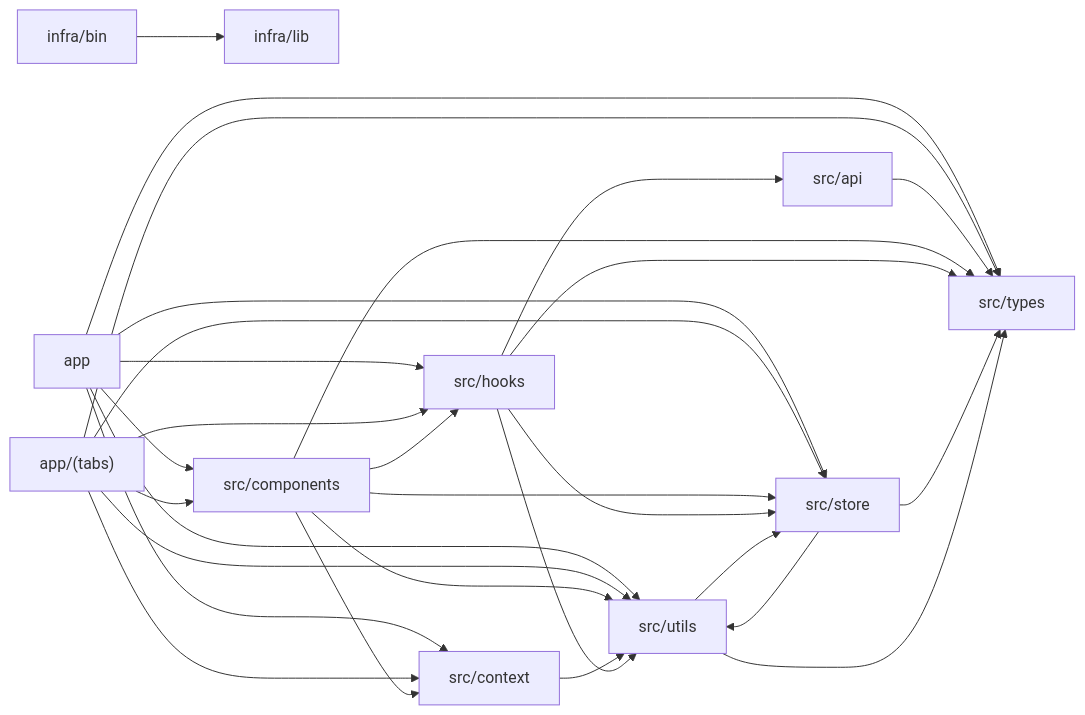
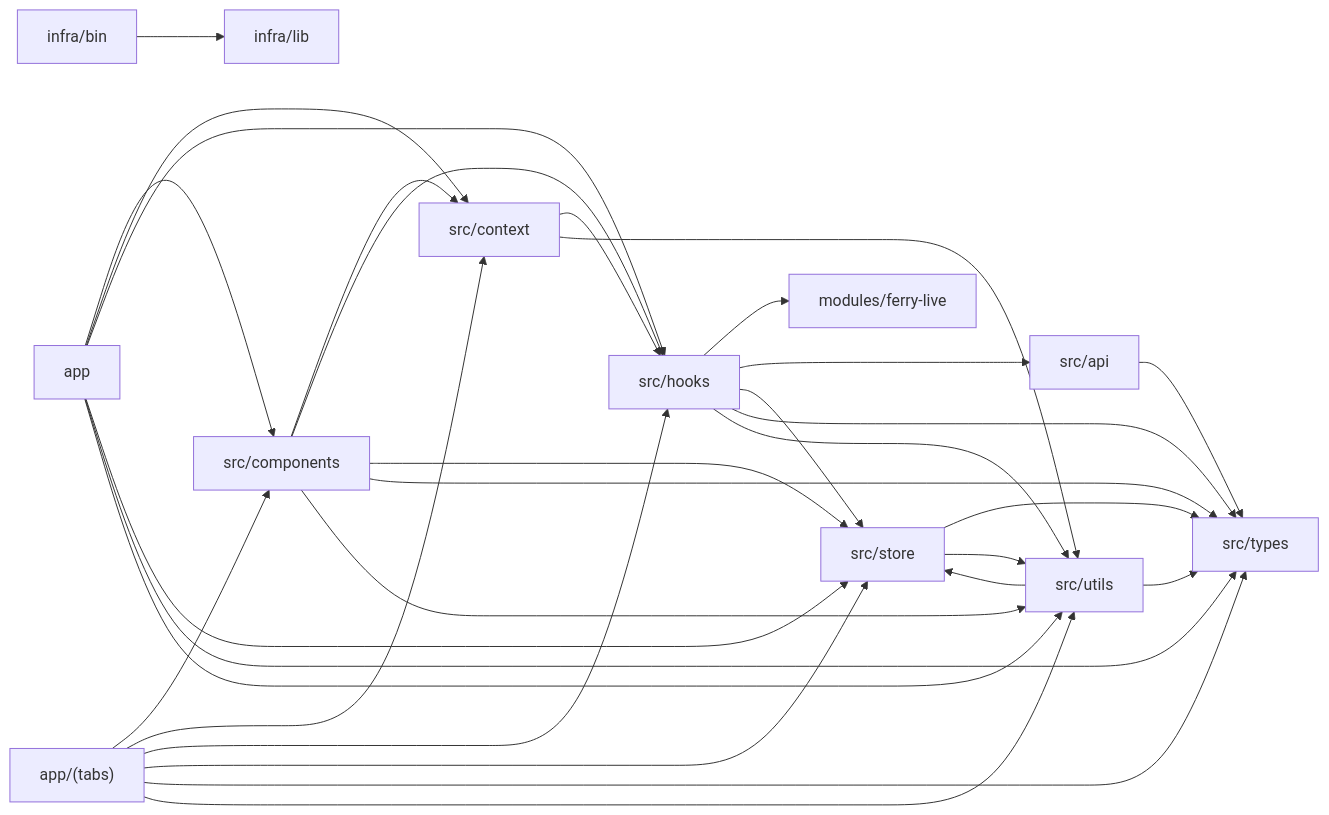
Before and after one commit to rufbulldog/ferry-tracker: the diagram in docs/spec/_systems/architecture.md, drawn with Mermaid. The commit also changed other lines of this file and 51 other files, not shown here.

````diff
--- a/docs/spec/_systems/architecture.md
+++ b/docs/spec/_systems/architecture.md
@@ -20,42 +20,45 @@
 ```mermaid
 flowchart LR
   n_app["app"]
   n_app_tabs["app/(tabs)"]
   n_infra_bin["infra/bin"]
   n_infra_lib["infra/lib"]
+  n_modules_ferry_live["modules/ferry-live"]
   n_src_api["src/api"]
   n_src_components["src/components"]
   n_src_context["src/context"]
   n_src_hooks["src/hooks"]
   n_src_store["src/store"]
   n_src_types["src/types"]
   n_src_utils["src/utils"]
   n_app --> n_src_components
   n_app --> n_src_context
   n_app --> n_src_hooks
   n_app --> n_src_store
   n_app --> n_src_types
   n_app --> n_src_utils
   n_app_tabs --> n_src_components
   n_app_tabs --> n_src_context
   n_app_tabs --> n_src_hooks
   n_app_tabs --> n_src_store
   n_app_tabs --> n_src_types
   n_app_tabs --> n_src_utils
   n_infra_bin --> n_infra_lib
   n_src_api --> n_src_types
   n_src_components --> n_src_context
   n_src_components --> n_src_hooks
   n_src_components --> n_src_store
   n_src_components --> n_src_types
   n_src_components --> n_src_utils
+  n_src_context --> n_src_hooks
   n_src_context --> n_src_utils
+  n_src_hooks --> n_modules_ferry_live
   n_src_hooks --> n_src_api
   n_src_hooks --> n_src_store
   n_src_hooks --> n_src_types
   n_src_hooks --> n_src_utils
   n_src_store --> n_src_types
   n_src_store --> n_src_utils
   n_src_utils --> n_src_store
   n_src_utils --> n_src_types
 ```
````
